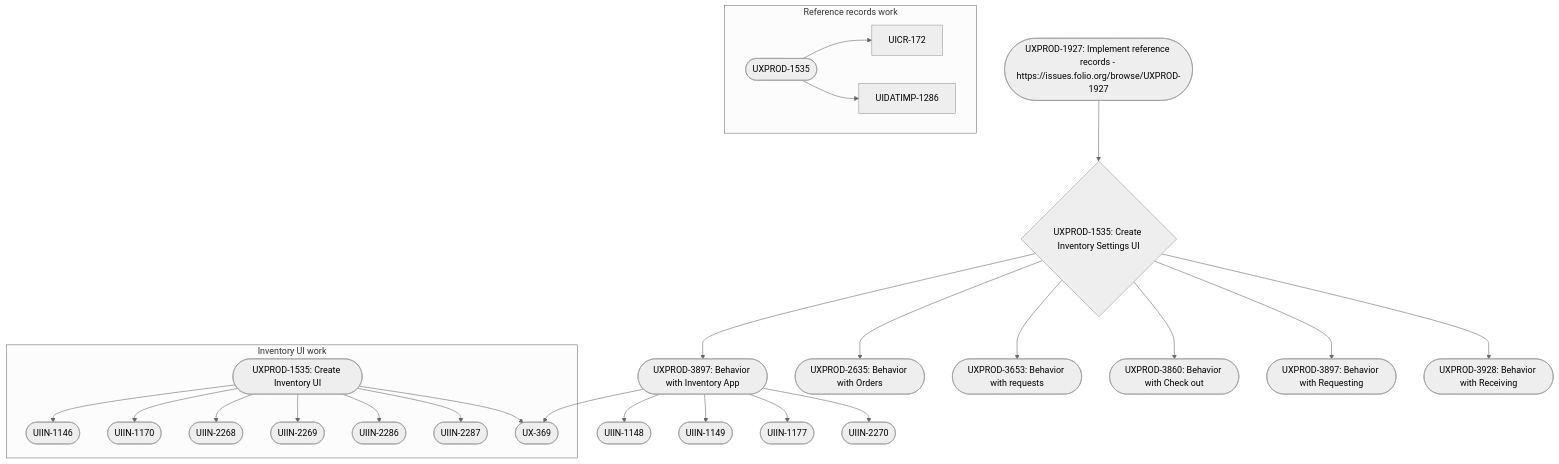
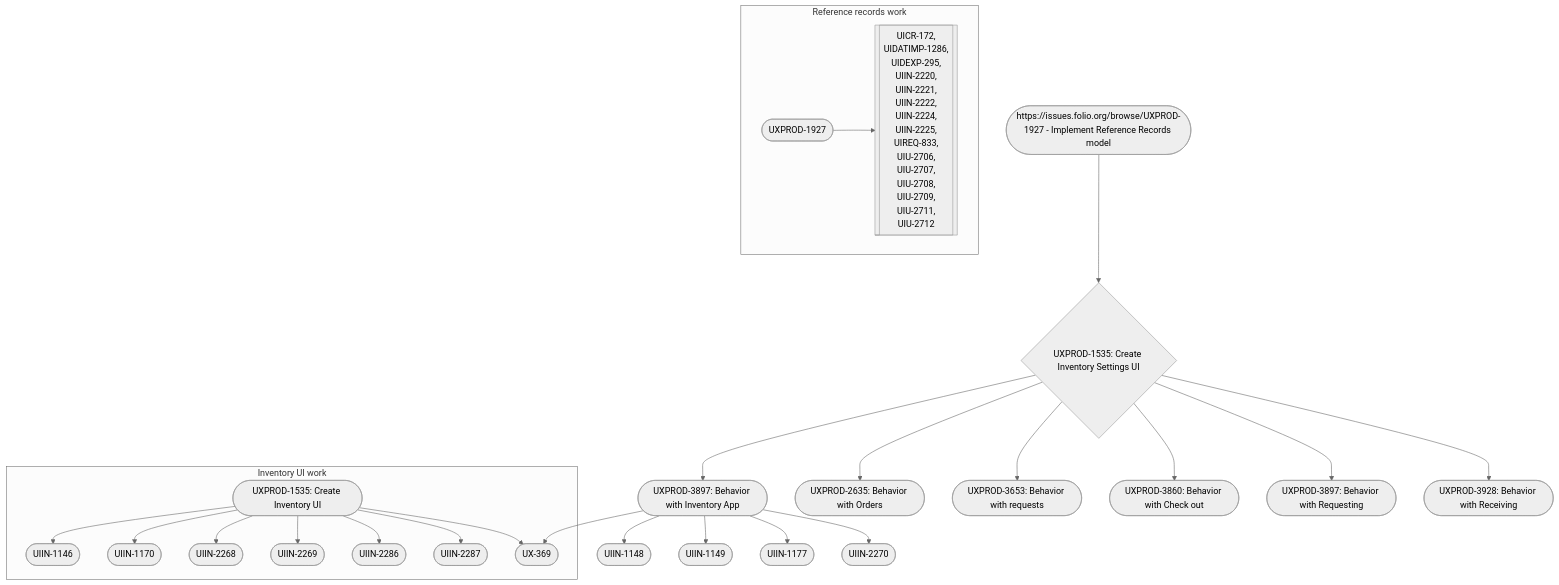
One commit to enettifee/enettifee.github.io changed the diagram in item-status.md. Above: the diagram before and after it, drawn with Mermaid (neutral theme).

````diff
--- a/item-status.md
+++ b/item-status.md
@@ -1,23 +1,25 @@
 ```mermaid
 
 
 flowchart TD
-	id1([UXPROD-1927: Implement reference records - https://issues.folio.org/browse/UXPROD-1927]) --> id2{UXPROD-1535: Create Inventory Settings UI}
+	id1([https://issues.folio.org/browse/UXPROD-1927 - Implement Reference Records model]) --> id2{UXPROD-1535: Create Inventory Settings UI}
 	id2 --> id8([UXPROD-3897: Behavior with Inventory App]) & id3([UXPROD-2635: Behavior with Orders]) & id4([UXPROD-3653: Behavior with requests]) & id5([UXPROD-3860: Behavior with Check out]) & id6([UXPROD-3897: Behavior with Requesting]) & id7([UXPROD-3928: Behavior with Receiving])
 	id8 --> id9([UIIN-1148]) & id10([UIIN-1149]) & id11([UIIN-1177]) & id12([UIIN-2270]) & id127
 
 	
 
 	subgraph "Inventory UI work"
 	id120([UXPROD-1535: Create Inventory UI]) --> id121([UIIN-1146]) & id122([UIIN-1170]) & id123([UIIN-2268]) & id124([UIIN-2269]) & id125([UIIN-2286]) & id126([UIIN-2287]) & id127([UX-369])
 	end
 	
 	subgraph "Reference records work"
-	id200([UXPROD-1535]) --> UICR-172 & UIDATIMP-1286
+	direction LR
+%%	id200([UXPROD-1927]) --> [["UICR-172, UIDATIMP-1286, UIDEXP-295, UIIN-2220, UIIN-2221, UIIN-2222, UIIN-2224, UIIN-2225"]]
+	id200([UXPROD-1927]) --> id201[[UICR-172,<br/> UIDATIMP-1286,<br/> UIDEXP-295,<br/> UIIN-2220,<br/> UIIN-2221,<br/> UIIN-2222,<br/> UIIN-2224,<br/> UIIN-2225,<br/> UIREQ-833,<br/> UIU-2706,<br/> UIU-2707,<br/> UIU-2708,<br/> UIU-2709,<br/> UIU-2711,<br/> UIU-2712]]
 	end
 
 %%	subgraph "To be decided"
 %%	id8([Serials behavior])
 %%	end	
 
 ```
````
